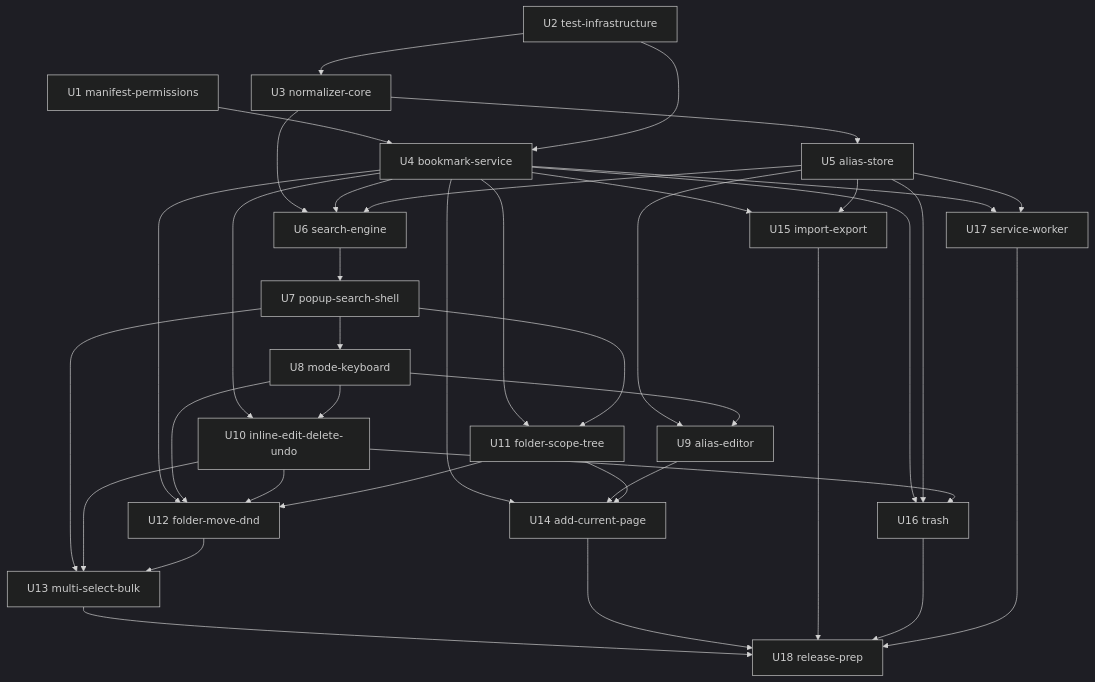
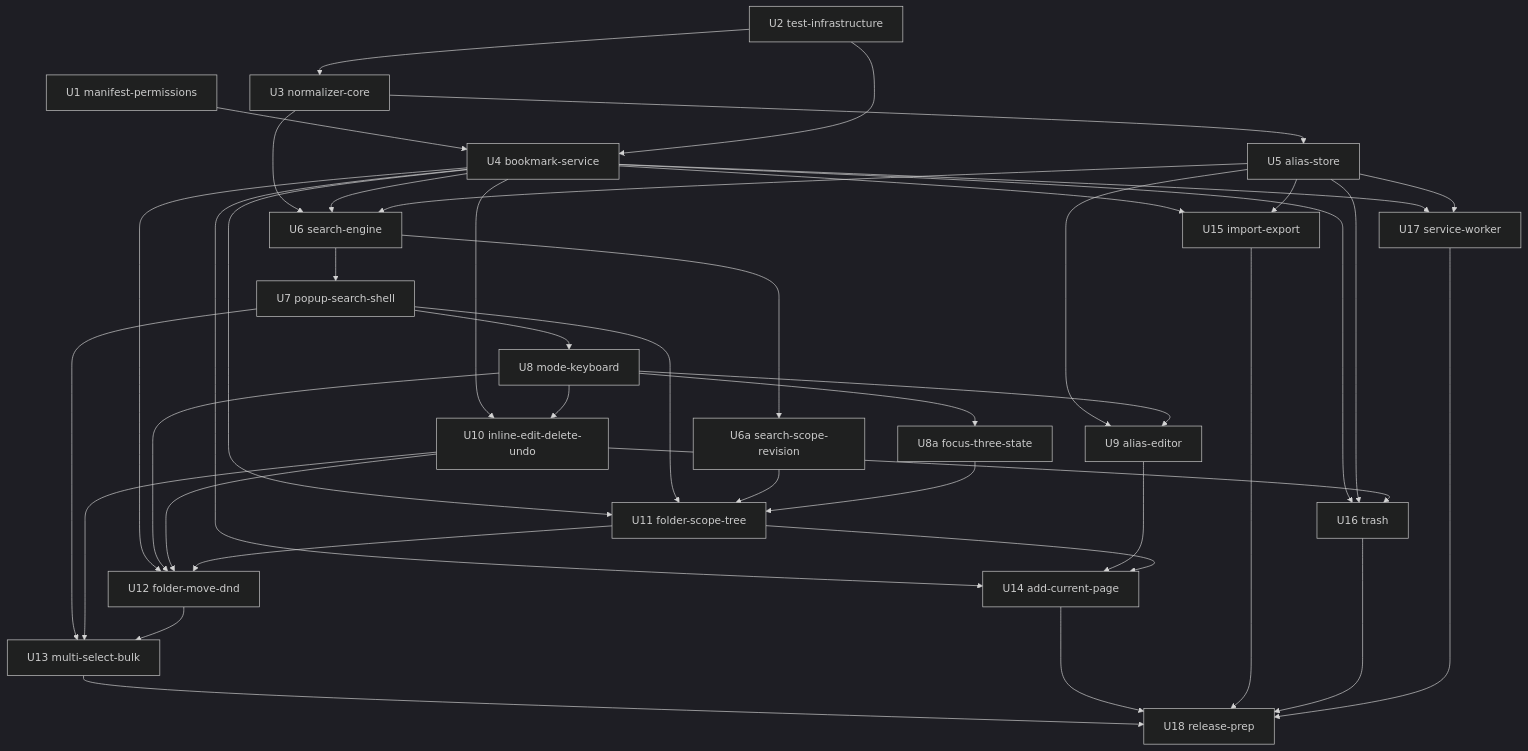
Before and after one commit to RyumaKazue/Findmark: the diagram in docs/mvp-development-flow.md, drawn with Mermaid (dark theme). The commit also changed other lines of this file and 7 other files, not shown here.

````diff
--- a/docs/mvp-development-flow.md
+++ b/docs/mvp-development-flow.md
@@ -139,40 +145,44 @@
 ```mermaid
 graph TD
     U1[U1 manifest-permissions] --> U4[U4 bookmark-service]
     U2[U2 test-infrastructure] --> U3[U3 normalizer-core]
     U2 --> U4
     U3 --> U5[U5 alias-store]
     U3 --> U6[U6 search-engine]
     U4 --> U6
     U5 --> U6
+    U6 --> U6a[U6a search-scope-revision]
     U6 --> U7[U7 popup-search-shell]
     U7 --> U8[U8 mode-keyboard]
+    U8 --> U8a[U8a focus-three-state]
     U5 --> U9[U9 alias-editor]
     U8 --> U9
     U4 --> U10[U10 inline-edit-delete-undo]
     U8 --> U10
     U4 --> U11[U11 folder-scope-tree]
     U7 --> U11
+    U6a --> U11
+    U8a --> U11
     U4 --> U12[U12 folder-move-dnd]
     U8 --> U12
     U10 --> U12
     U11 --> U12
     U7 --> U13[U13 multi-select-bulk]
     U10 --> U13
     U12 --> U13
     U4 --> U14[U14 add-current-page]
     U9 --> U14
     U11 --> U14
     U4 --> U15[U15 import-export]
     U5 --> U15
     U4 --> U16[U16 trash]
     U5 --> U16
     U10 --> U16
     U4 --> U17[U17 service-worker]
     U5 --> U17
     U13 --> U18[U18 release-prep]
     U14 --> U18
     U15 --> U18
     U16 --> U18
     U17 --> U18
 ```
````
